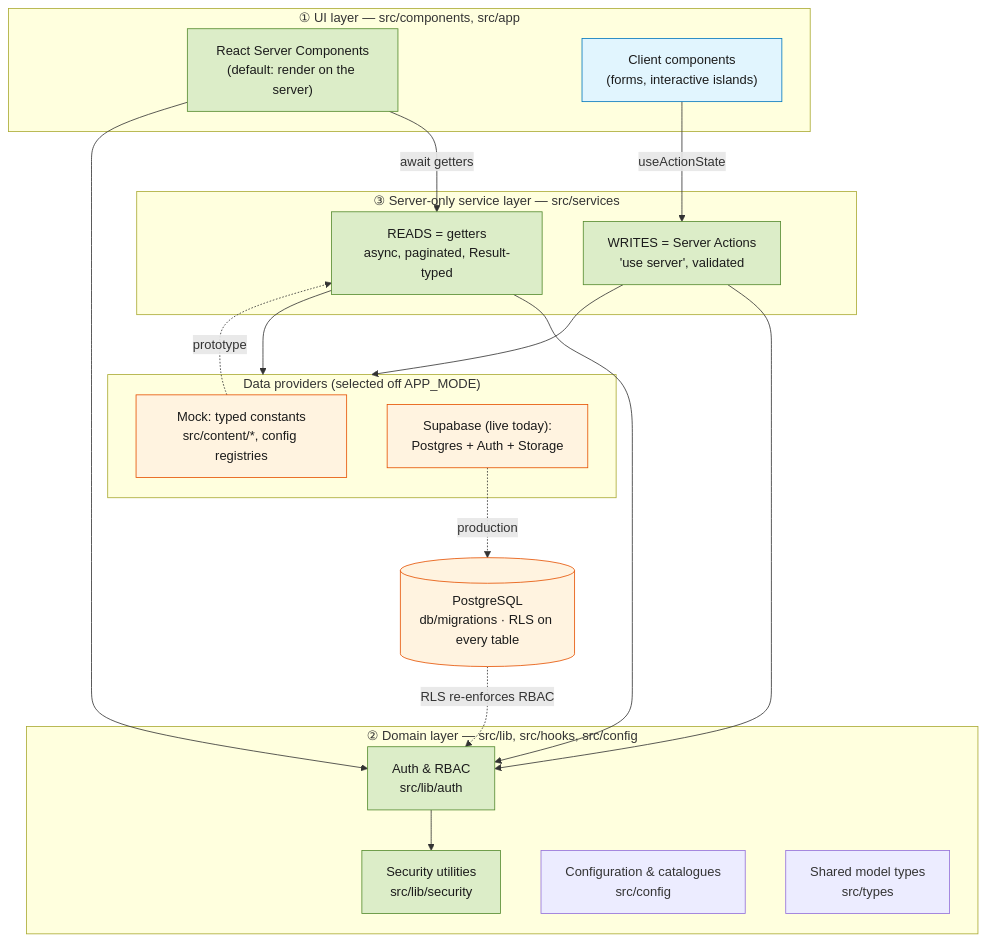
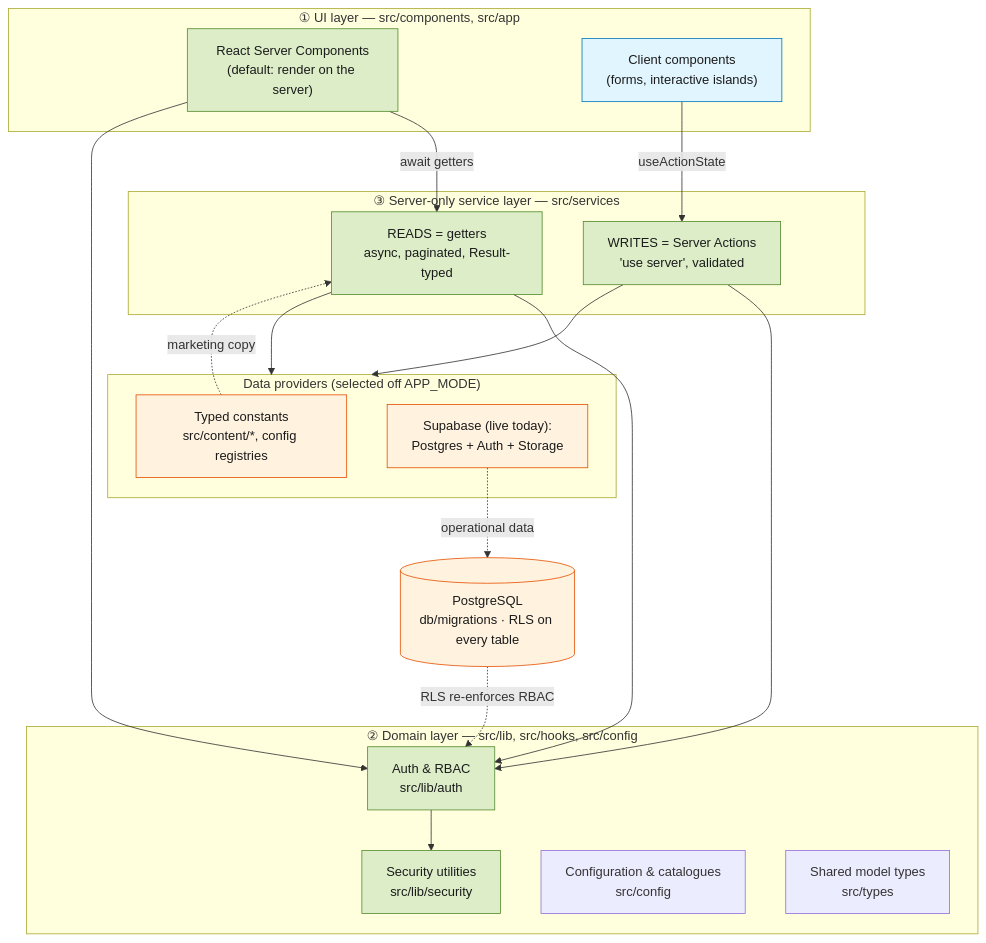
Before and after one commit to jayjay77uk/Juice-doctor: the first of 2 diagrams in docs/architecture/00-overview.md, drawn with Mermaid. The commit also changed other lines of this file and 115 other files, not shown here.

First line of the commit message:
Production cleanup: remove all prototype mechanisms, mock functionality and fake data

````diff
--- a/docs/architecture/00-overview.md
+++ b/docs/architecture/00-overview.md
@@ -50,45 +50,45 @@
 ```mermaid
 flowchart TD
   subgraph UI["① UI layer — src/components, src/app"]
     RSC["React Server Components<br/>(default: render on the server)"]
     Client["Client components<br/>(forms, interactive islands)"]
   end
 
   subgraph Domain["② Domain layer — src/lib, src/hooks, src/config"]
     Auth["Auth & RBAC<br/>src/lib/auth"]
     Security["Security utilities<br/>src/lib/security"]
     Cfg["Configuration & catalogues<br/>src/config"]
     Types["Shared model types<br/>src/types"]
   end
 
   subgraph Services["③ Server-only service layer — src/services"]
     Reads["READS = getters<br/>async, paginated, Result-typed"]
     Writes["WRITES = Server Actions<br/>'use server', validated"]
   end
 
   subgraph Providers["Data providers (selected off APP_MODE)"]
-    Mock["Mock: typed constants<br/>src/content/*, config registries"]
+    Content["Typed constants<br/>src/content/*, config registries"]
     Supa["Supabase (live today):<br/>Postgres + Auth + Storage"]
   end
 
   DB[("PostgreSQL<br/>db/migrations · RLS on every table")]
 
   RSC -->|await getters| Reads
   Client -->|useActionState| Writes
   RSC --> Auth
   Reads --> Auth
   Writes --> Auth
   Auth --> Security
   Reads --> Providers
   Writes --> Providers
-  Mock -. prototype .-> Reads
-  Supa -. production .-> DB
+  Content -. marketing copy .-> Reads
+  Supa -. operational data .-> DB
   DB -. RLS re-enforces RBAC .-> Auth
 
   classDef server fill:#dcedc8,stroke:#558b2f,color:#1b1b1b;
   classDef client fill:#e1f5fe,stroke:#0277bd,color:#1b1b1b;
   classDef data fill:#fff3e0,stroke:#e65100,color:#1b1b1b;
   class RSC,Reads,Writes,Auth,Security server;
   class Client client;
-  class Mock,Supa,DB data;
+  class Content,Supa,DB data;
 ```
````
